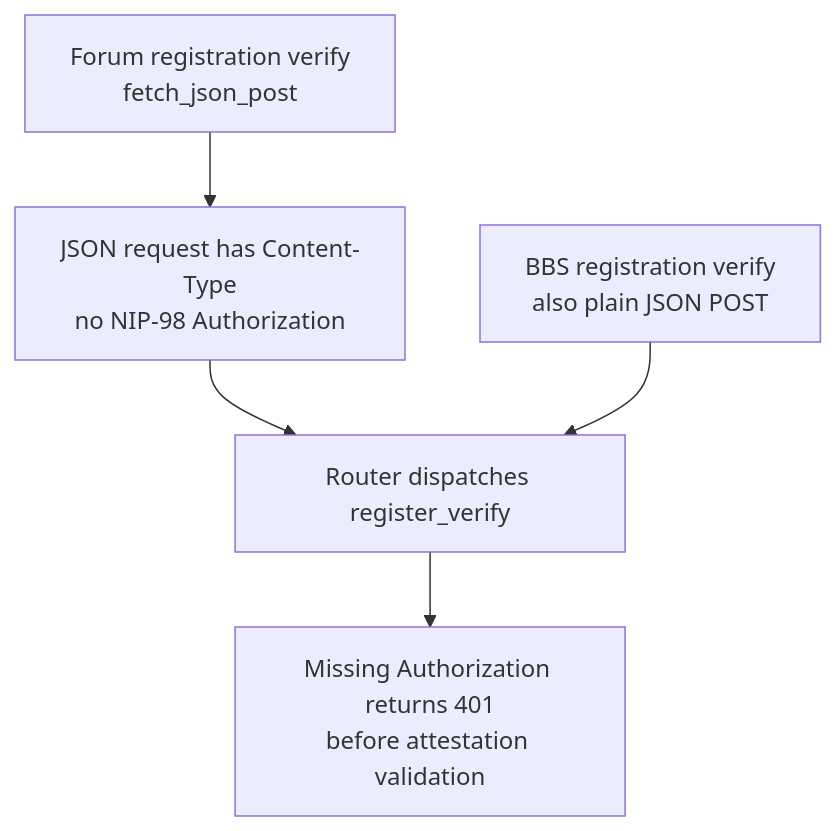
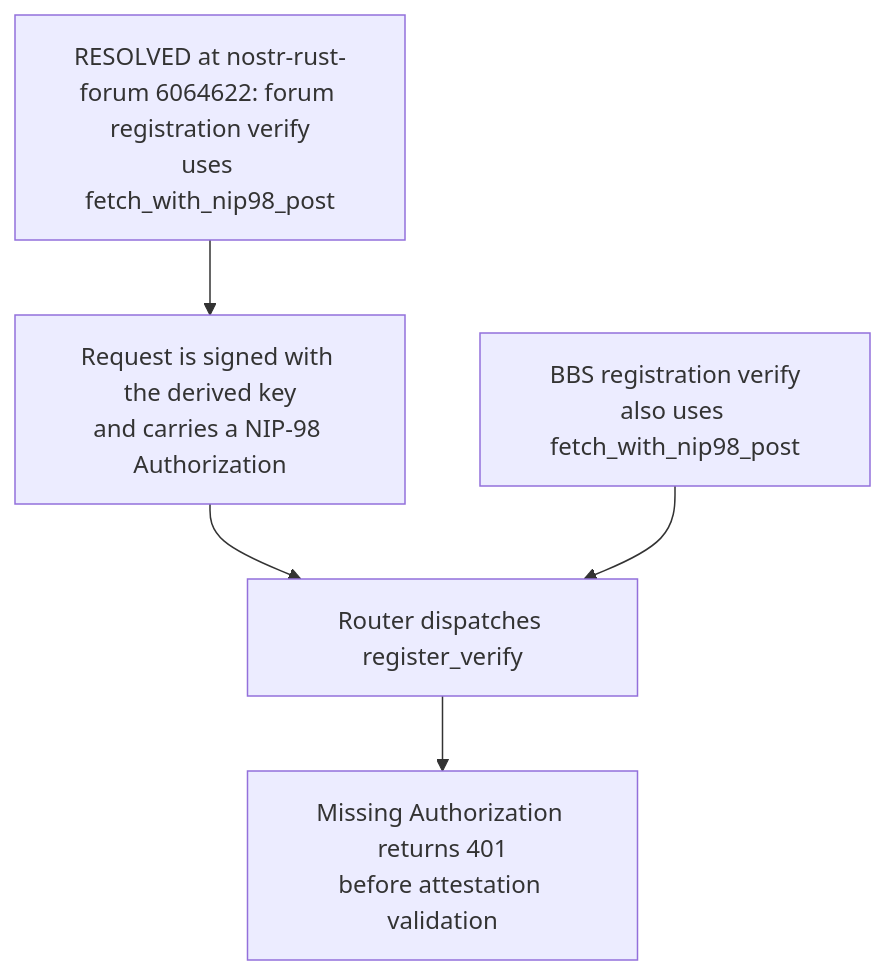
One commit to DreamLab-AI/VisionFlow changed the first of 6 diagrams in docs/diagrams/nostr-rust-forum/23-passkey-client-worker-contracts.md. Above: the diagram before and after it, drawn with Mermaid. The commit also changed other lines of this file and 59 other files, not shown here.

First line of the commit message:
docs(diagrams): re-derive and re-stamp forum, website, pod, ontomark and sealmap topics

````diff
--- a/docs/diagrams/nostr-rust-forum/23-passkey-client-worker-contracts.md
+++ b/docs/diagrams/nostr-rust-forum/23-passkey-client-worker-contracts.md
@@ -33,15 +33,15 @@
 ```mermaid
 flowchart TB
-    %% Source: ../nostr-rust-forum/crates/nostr-bbs-forum-client/src/auth/passkey.rs:173
-    A["Forum registration verify<br/>fetch_json_post"]
+    %% Source: ../nostr-rust-forum/crates/nostr-bbs-forum-client/src/auth/passkey.rs:181
+    A["RESOLVED at nostr-rust-forum 6064622: forum registration verify<br/>uses fetch_with_nip98_post"]
     %% Source: ../nostr-rust-forum/crates/nostr-bbs-forum-client/src/auth/http.rs:156
-    B["JSON request has Content-Type<br/>no NIP-98 Authorization"]
+    B["Request is signed with the derived key<br/>and carries a NIP-98 Authorization"]
     %% Source: ../nostr-rust-forum/crates/nostr-bbs-bbs-client/src/passkey.rs:356
-    C["BBS registration verify<br/>also plain JSON POST"]
+    C["BBS registration verify<br/>also uses fetch_with_nip98_post"]
     %% Source: ../nostr-rust-forum/crates/nostr-bbs-auth-worker/src/lib.rs:259
     D["Router dispatches register_verify"]
-    %% Source: ../nostr-rust-forum/crates/nostr-bbs-auth-worker/src/webauthn.rs:836
+    %% Source: ../nostr-rust-forum/crates/nostr-bbs-auth-worker/src/webauthn.rs:893
     E["Missing Authorization returns 401<br/>before attestation validation"]
     A --> B --> D --> E
     C --> D
 ```
````
